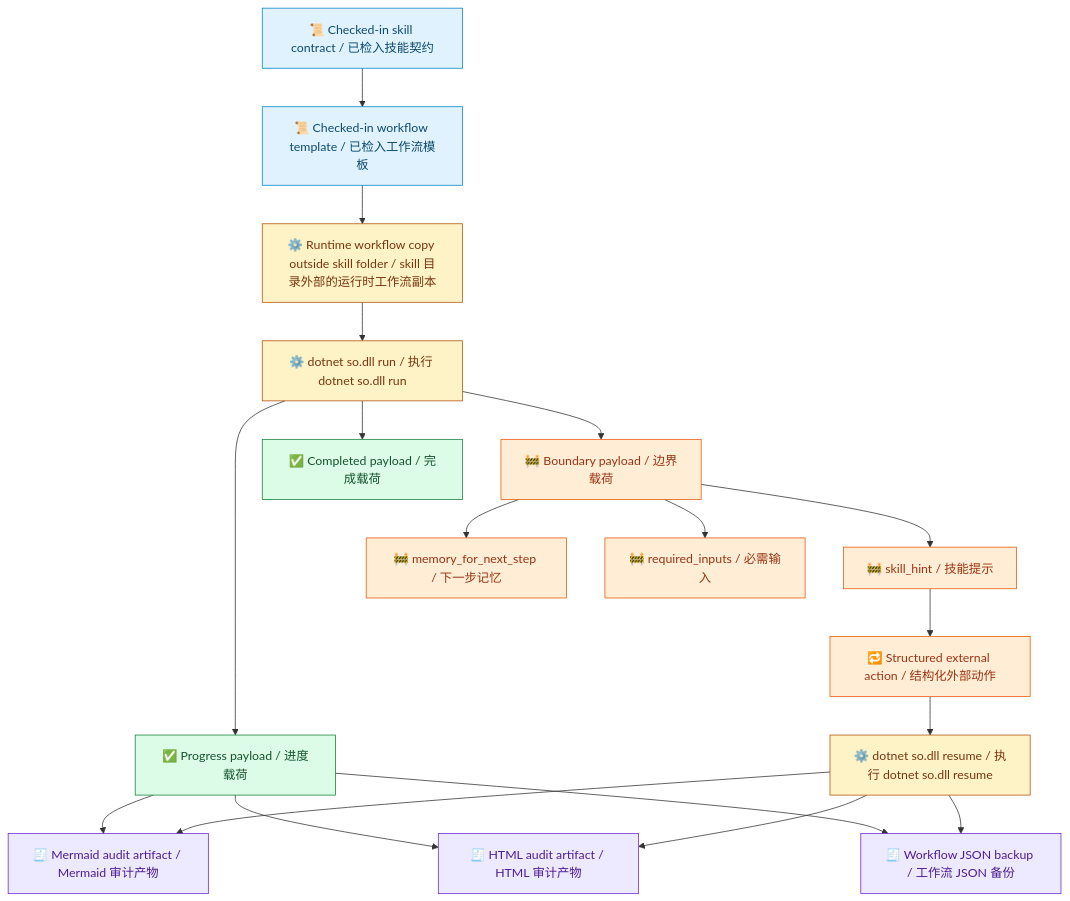
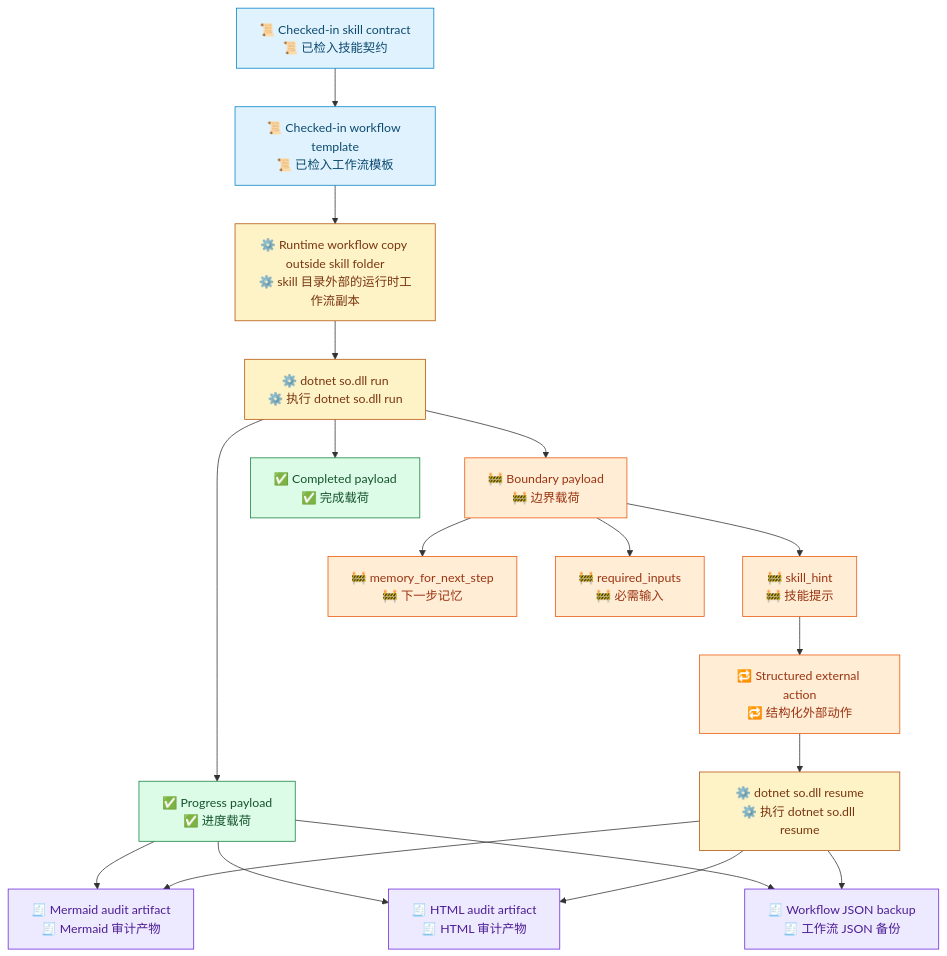
The second of 2 diagrams in README.zh-CN.md (waynebaby/Techne-Loom), drawn with Mermaid before and after one commit. The commit also changed 13 other files, not shown here.

````diff
--- a/README.zh-CN.md
+++ b/README.zh-CN.md
@@ -240,34 +240,34 @@
 ```mermaid
 flowchart TD
-    A[📜 Checked-in skill contract / 已检入技能契约] --> B[📜 Checked-in workflow template / 已检入工作流模板]
-    B --> C[⚙️ Runtime workflow copy outside skill folder / skill 目录外部的运行时工作流副本]
-    C --> D[⚙️ dotnet so.dll run / 执行 dotnet so.dll run]
-    D --> E[✅ Progress payload / 进度载荷]
-    D --> F[🚧 Boundary payload / 边界载荷]
-    D --> G[✅ Completed payload / 完成载荷]
-    E --> H[🧾 Mermaid audit artifact / Mermaid 审计产物]
-    E --> I[🧾 HTML audit artifact / HTML 审计产物]
-    E --> J[🧾 Workflow JSON backup / 工作流 JSON 备份]
-    F --> K[🚧 skill_hint / 技能提示]
-    F --> L[🚧 memory_for_next_step / 下一步记忆]
-    F --> M[🚧 required_inputs / 必需输入]
-    K --> N[🔁 Structured external action / 结构化外部动作]
-    N --> O[⚙️ dotnet so.dll resume / 执行 dotnet so.dll resume]
+    A["📜 Checked-in skill contract<br/>📜 已检入技能契约"] --> B["📜 Checked-in workflow template<br/>📜 已检入工作流模板"]
+    B --> C["⚙️ Runtime workflow copy outside skill folder<br/>⚙️ skill 目录外部的运行时工作流副本"]
+    C --> D["⚙️ dotnet so.dll run<br/>⚙️ 执行 dotnet so.dll run"]
+    D --> E["✅ Progress payload<br/>✅ 进度载荷"]
+    D --> F["🚧 Boundary payload<br/>🚧 边界载荷"]
+    D --> G["✅ Completed payload<br/>✅ 完成载荷"]
+    E --> H["🧾 Mermaid audit artifact<br/>🧾 Mermaid 审计产物"]
+    E --> I["🧾 HTML audit artifact<br/>🧾 HTML 审计产物"]
+    E --> J["🧾 Workflow JSON backup<br/>🧾 工作流 JSON 备份"]
+    F --> K["🚧 skill_hint<br/>🚧 技能提示"]
+    F --> L["🚧 memory_for_next_step<br/>🚧 下一步记忆"]
+    F --> M["🚧 required_inputs<br/>🚧 必需输入"]
+    K --> N["🔁 Structured external action<br/>🔁 结构化外部动作"]
+    N --> O["⚙️ dotnet so.dll resume<br/>⚙️ 执行 dotnet so.dll resume"]
     O --> H
     O --> I
     O --> J
 
     classDef contract fill:#E0F2FE,stroke:#0284C7,color:#0C4A6E;
     classDef runtime fill:#FEF3C7,stroke:#B45309,color:#78350F;
     classDef output fill:#DCFCE7,stroke:#15803D,color:#14532D;
     classDef boundary fill:#FFEDD5,stroke:#EA580C,color:#9A3412;
     classDef audit fill:#EDE9FE,stroke:#6D28D9,color:#4C1D95;
 
     class A,B contract;
     class C,D,O runtime;
     class E,G output;
     class F,K,L,M boundary;
     class H,I,J audit;
 
     class N boundary;
 ```
````
